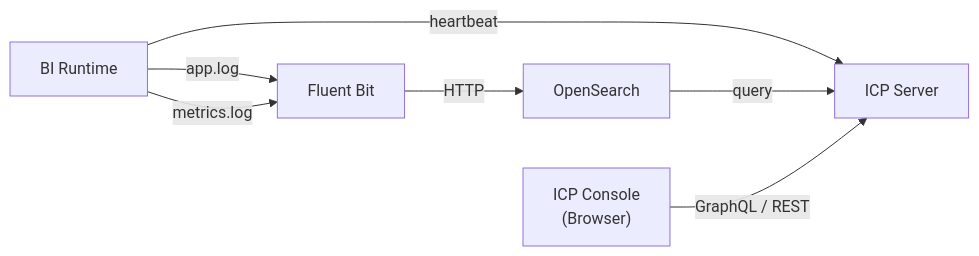
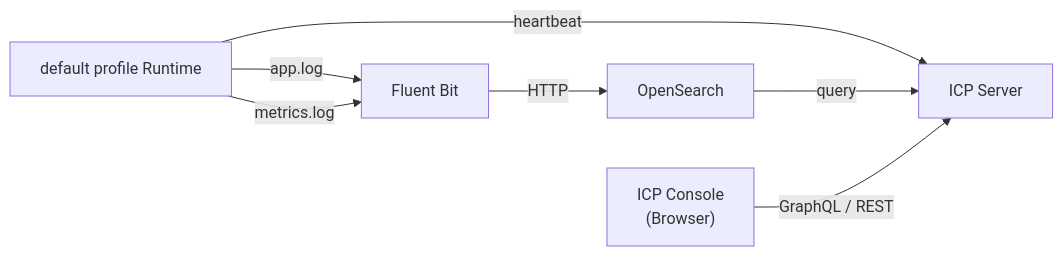
The diagram in en/docs/manage/icp/observability-setup.md (hasathcharu/docs-integrator), drawn with Mermaid before and after one commit. The commit also changed other lines of this file and 13 other files, not shown here.

First line of the commit message:
Replace BI with default profile in ICP docs

````diff
--- a/en/docs/manage/icp/observability-setup.md
+++ b/en/docs/manage/icp/observability-setup.md
@@ -14,9 +14,9 @@
 ```mermaid
 flowchart LR
-    BI["BI Runtime"] -- "app.log" --> FB["Fluent Bit"]
-    BI -- "metrics.log" --> FB
+    Runtime["default profile Runtime"] -- "app.log" --> FB["Fluent Bit"]
+    Runtime -- "metrics.log" --> FB
     FB -- "HTTP" --> OS["OpenSearch"]
-    BI -- "heartbeat" --> ICP["ICP Server"]
+    Runtime -- "heartbeat" --> ICP["ICP Server"]
     OS -- "query" --> ICP
     Console["ICP Console\n(Browser)"] -- "GraphQL / REST" --> ICP
 ```
````
